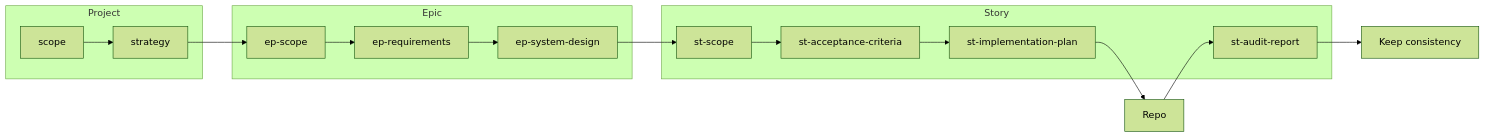
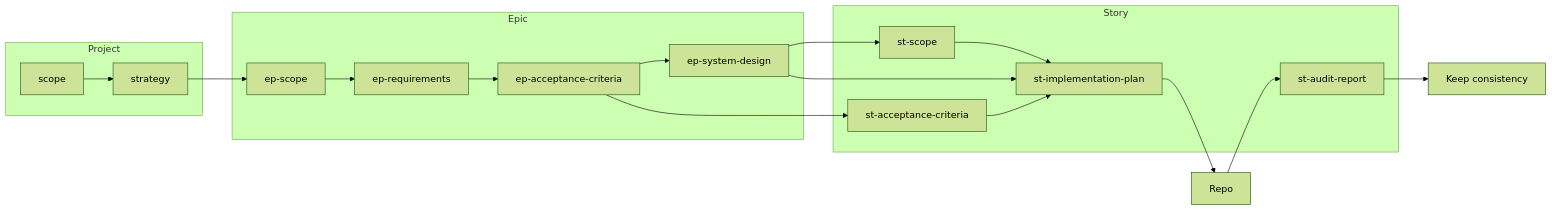
Before and after one commit to asubbot/personal-assistant: the second of 2 diagrams in ai-sdlc/specification/pipeline.spec.md, drawn with Mermaid (forest theme). The commit also changed other lines of this file and 4 other files, not shown here.

````diff
--- a/ai-sdlc/specification/pipeline.spec.md
+++ b/ai-sdlc/specification/pipeline.spec.md
@@ -97,21 +98,26 @@
 ```mermaid
 flowchart LR
   subgraph project [Project]
     scope[scope]
     strategy[strategy]
   end
   subgraph epic [Epic]
     ep_scope[ep-scope]
     ep_req[ep-requirements]
+    ep_ac[ep-acceptance-criteria]
     ep_design[ep-system-design]
   end
   subgraph story [Story]
     st_scope[st-scope]
     st_ac[st-acceptance-criteria]
     st_impl[st-implementation-plan]
     st_audit[st-audit-report]
   end
-  scope --> strategy --> ep_scope --> ep_req --> ep_design
-  ep_design --> st_scope --> st_ac --> st_impl --> repo[Repo]
+  scope --> strategy --> ep_scope --> ep_req --> ep_ac --> ep_design --> st_scope
+  ep_ac --> st_ac
+  st_scope --> st_impl
+  st_ac --> st_impl
+  ep_design --> st_impl
+  st_impl --> repo[Repo]
   repo --> st_audit --> consistency[Keep consistency]
 ```
````
